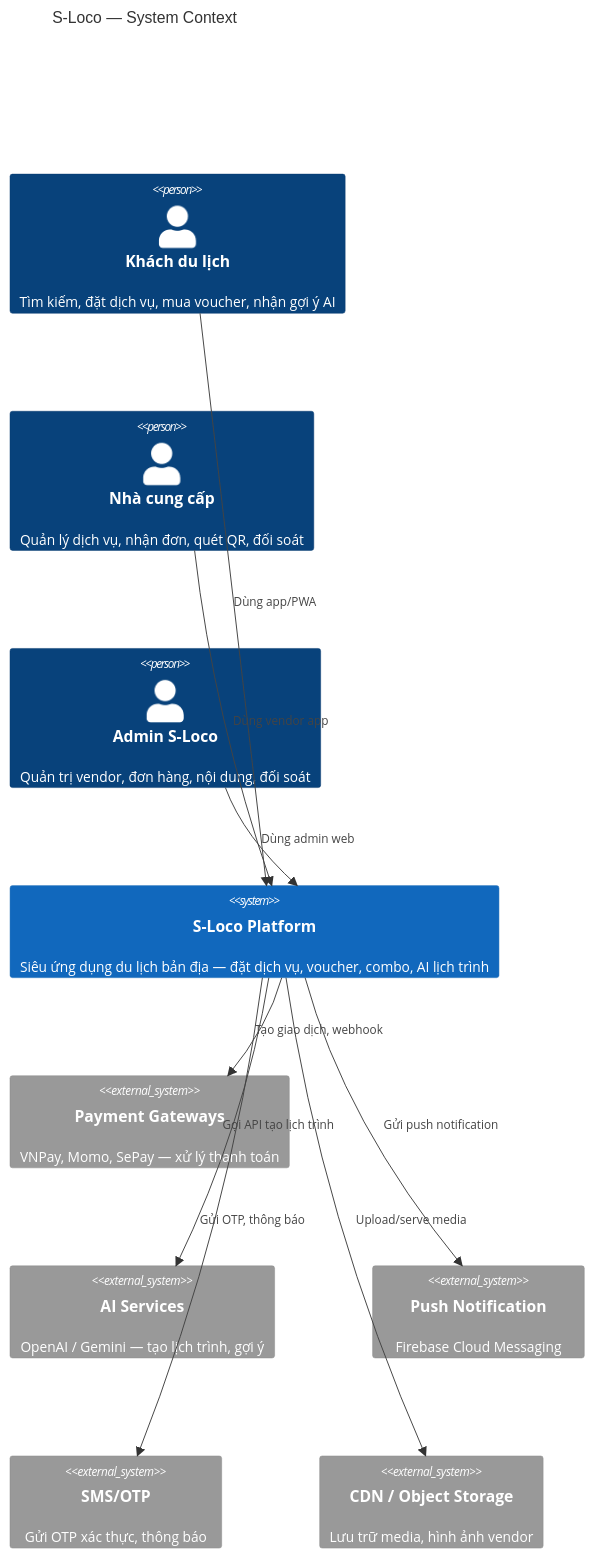
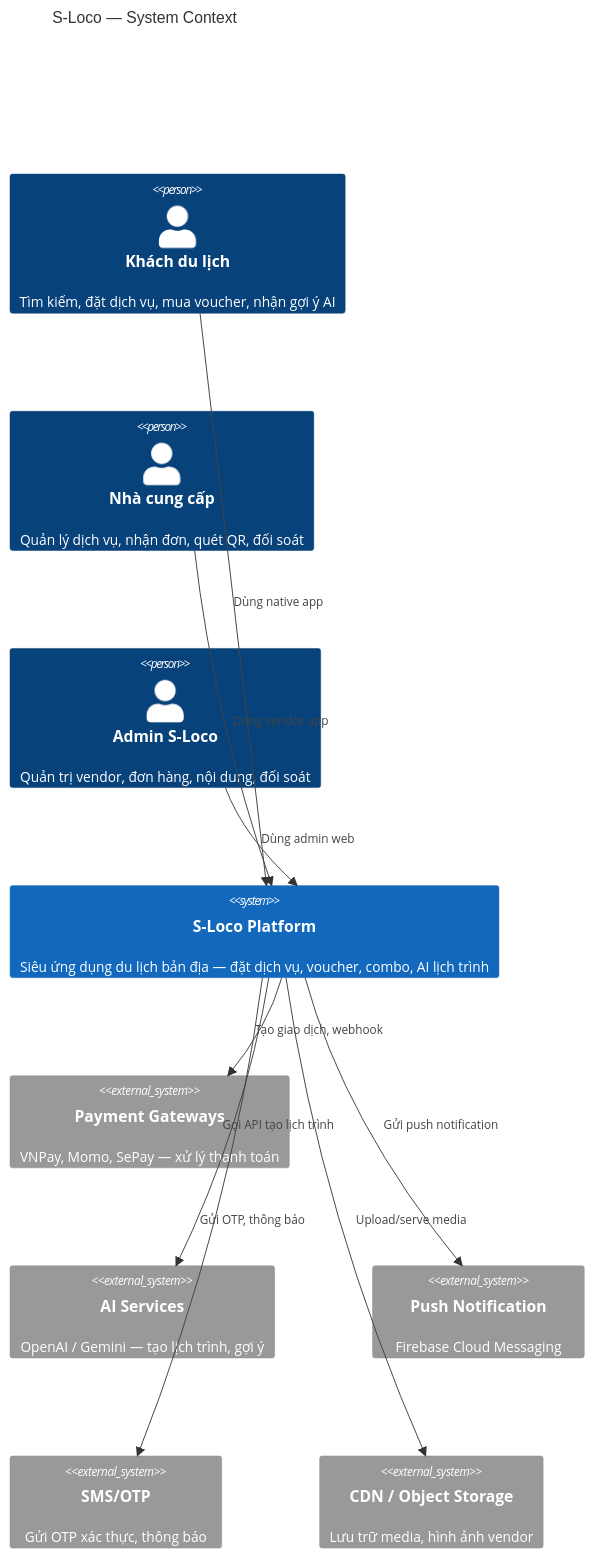
Before and after one commit to tungpsit/s-loco: the first of 5 diagrams in docs/architecture/system-architecture.md, drawn with Mermaid. The commit also changed other lines of this file and 205 other files, not shown here.

````diff
--- a/docs/architecture/system-architecture.md
+++ b/docs/architecture/system-architecture.md
@@ -11,25 +11,25 @@
 ```mermaid
 C4Context
     title S-Loco — System Context
 
     Person(tourist, "Khách du lịch", "Tìm kiếm, đặt dịch vụ, mua voucher, nhận gợi ý AI")
     Person(vendor, "Nhà cung cấp", "Quản lý dịch vụ, nhận đơn, quét QR, đối soát")
     Person(admin, "Admin S-Loco", "Quản trị vendor, đơn hàng, nội dung, đối soát")
 
     System(slocal, "S-Loco Platform", "Siêu ứng dụng du lịch bản địa — đặt dịch vụ, voucher, combo, AI lịch trình")
 
     System_Ext(payment, "Payment Gateways", "VNPay, Momo, SePay — xử lý thanh toán")
     System_Ext(ai, "AI Services", "OpenAI / Gemini — tạo lịch trình, gợi ý")
     System_Ext(push, "Push Notification", "Firebase Cloud Messaging")
     System_Ext(sms, "SMS/OTP", "Gửi OTP xác thực, thông báo")
     System_Ext(cdn, "CDN / Object Storage", "Lưu trữ media, hình ảnh vendor")
 
-    Rel(tourist, slocal, "Dùng app/PWA")
+    Rel(tourist, slocal, "Dùng native app")
     Rel(vendor, slocal, "Dùng vendor app")
     Rel(admin, slocal, "Dùng admin web")
     Rel(slocal, payment, "Tạo giao dịch, webhook")
     Rel(slocal, ai, "Gọi API tạo lịch trình")
     Rel(slocal, push, "Gửi push notification")
     Rel(slocal, sms, "Gửi OTP, thông báo")
     Rel(slocal, cdn, "Upload/serve media")
 ```
````
